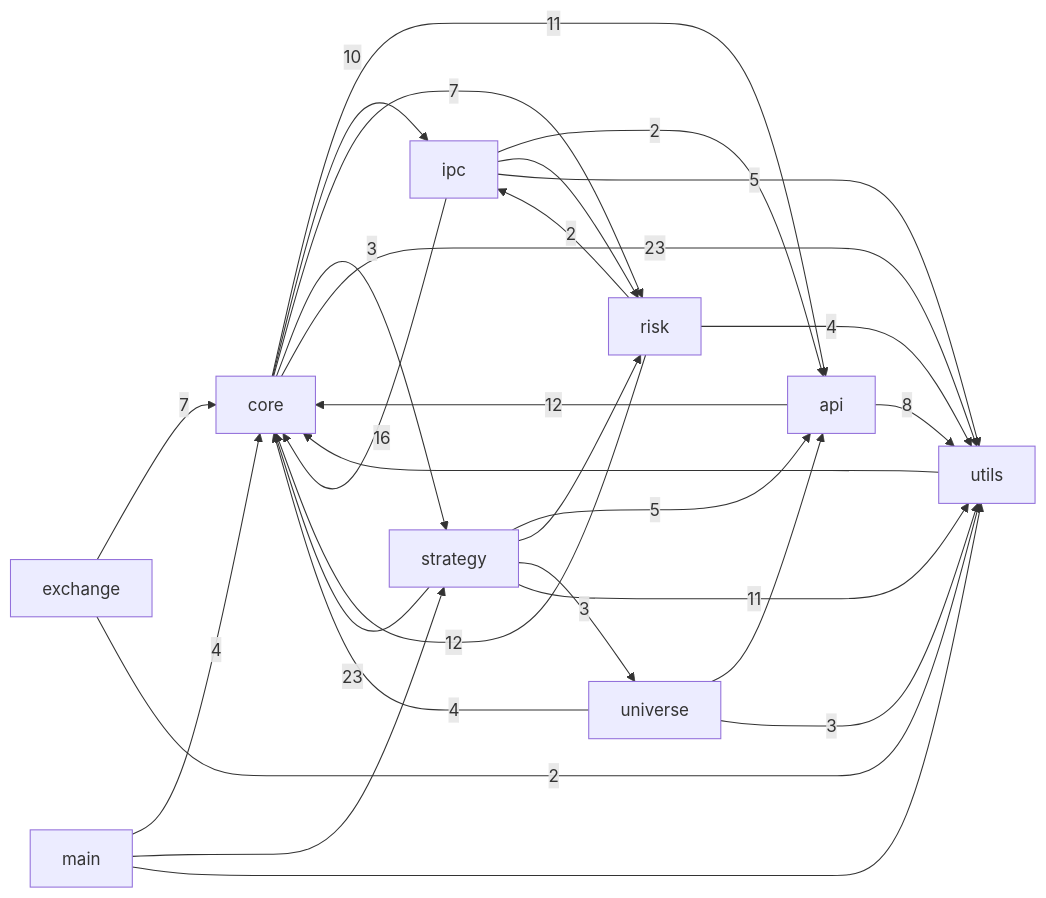
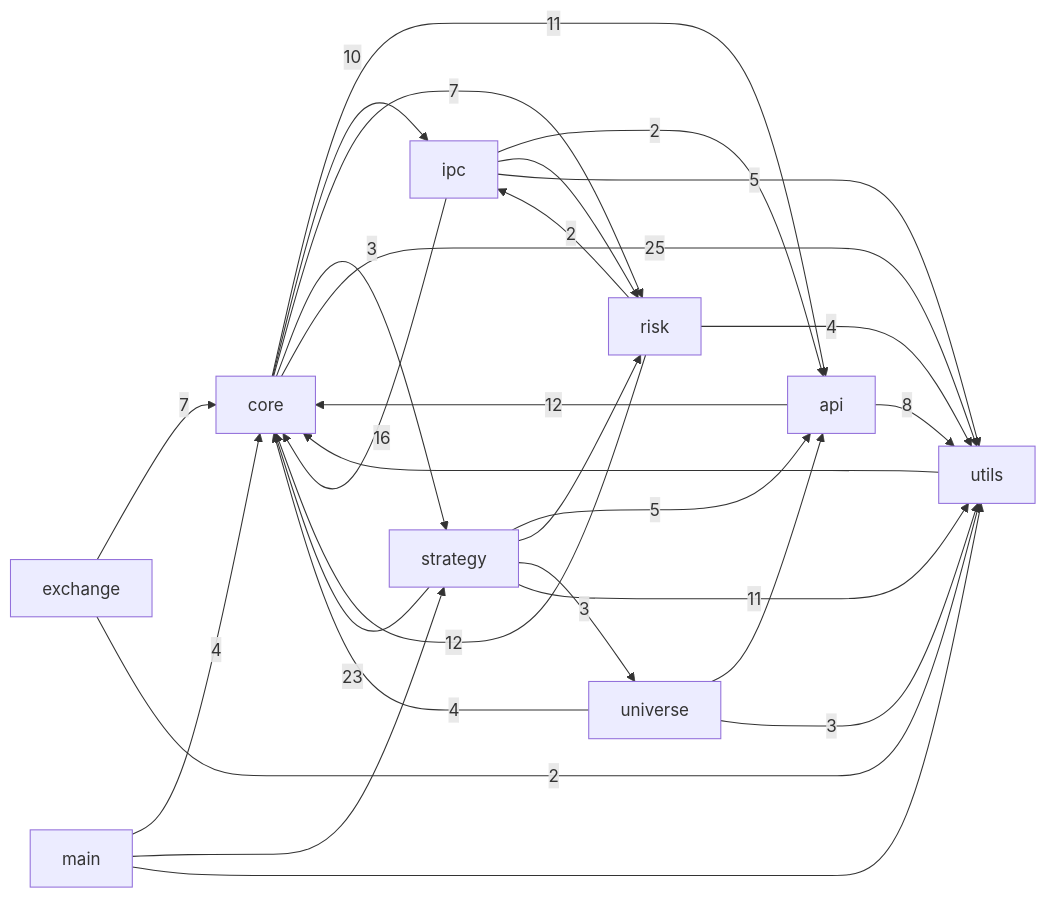
Before and after one commit to pypy8171/Quant: the first of 3 diagrams in docs/CODE_GRAPH.md, drawn with Mermaid. The commit also changed other lines of this file and 13 other files, not shown here.

````diff
--- a/docs/CODE_GRAPH.md
+++ b/docs/CODE_GRAPH.md
@@ -10,40 +10,40 @@
 ```mermaid
 graph LR
   main[main]
   core[core]
   strategy[strategy]
   api[api]
   universe[universe]
   risk[risk]
   ipc[ipc]
   utils[utils]
   exchange[exchange]
   api -->|12| core
   api -->|8| utils
   core -->|11| api
   core -->|10| ipc
   core -->|7| risk
   core -->|3| strategy
-  core -->|23| utils
+  core -->|25| utils
   exchange -->|7| core
   exchange -->|2| utils
   ipc -->|2| api
   ipc -->|16| core
   ipc --> risk
   ipc -->|5| utils
   main -->|4| core
   main --> strategy
   main --> utils
   risk -->|12| core
   risk -->|2| ipc
   risk -->|4| utils
   strategy -->|5| api
   strategy -->|23| core
   strategy --> risk
   strategy -->|3| universe
   strategy -->|11| utils
   universe --> api
   universe -->|4| core
   universe -->|3| utils
   utils --> core
 ```
````
